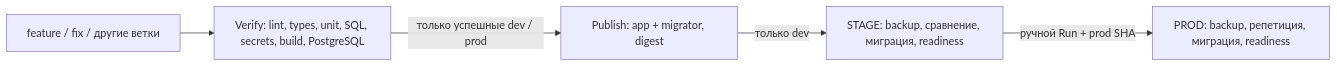
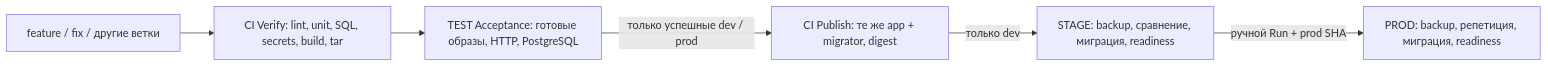
One commit to VladislavG32/stockflow changed the diagram in docs/CI_CD_ARCHITECTURE_RU.md. Above: the diagram before and after it, drawn with Mermaid. The commit also changed other lines of this file and 32 other files, not shown here.

````diff
--- a/docs/CI_CD_ARCHITECTURE_RU.md
+++ b/docs/CI_CD_ARCHITECTURE_RU.md
@@ -26,7 +33,8 @@
 ```mermaid
 flowchart LR
-  F[feature / fix / другие ветки] --> V[Verify: lint, types, unit, SQL, secrets, build, PostgreSQL]
-  V -->|только успешные dev / prod| P[Publish: app + migrator, digest]
+  F[feature / fix / другие ветки] --> V[CI Verify: lint, unit, SQL, secrets, build, tar]
+  V --> A[TEST Acceptance: готовые образы, HTTP, PostgreSQL]
+  A -->|только успешные dev / prod| P[CI Publish: те же app + migrator, digest]
   P -->|только dev| S[STAGE: backup, сравнение, миграция, readiness]
   S -->|ручной Run + prod SHA| R[PROD: backup, репетиция, миграция, readiness]
 ```
````
